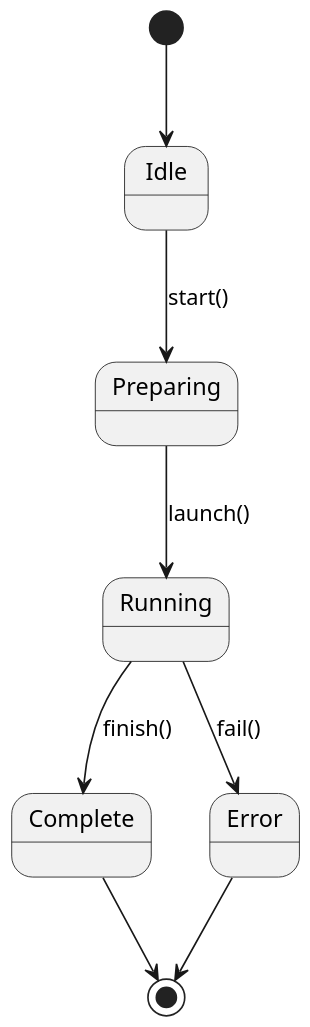
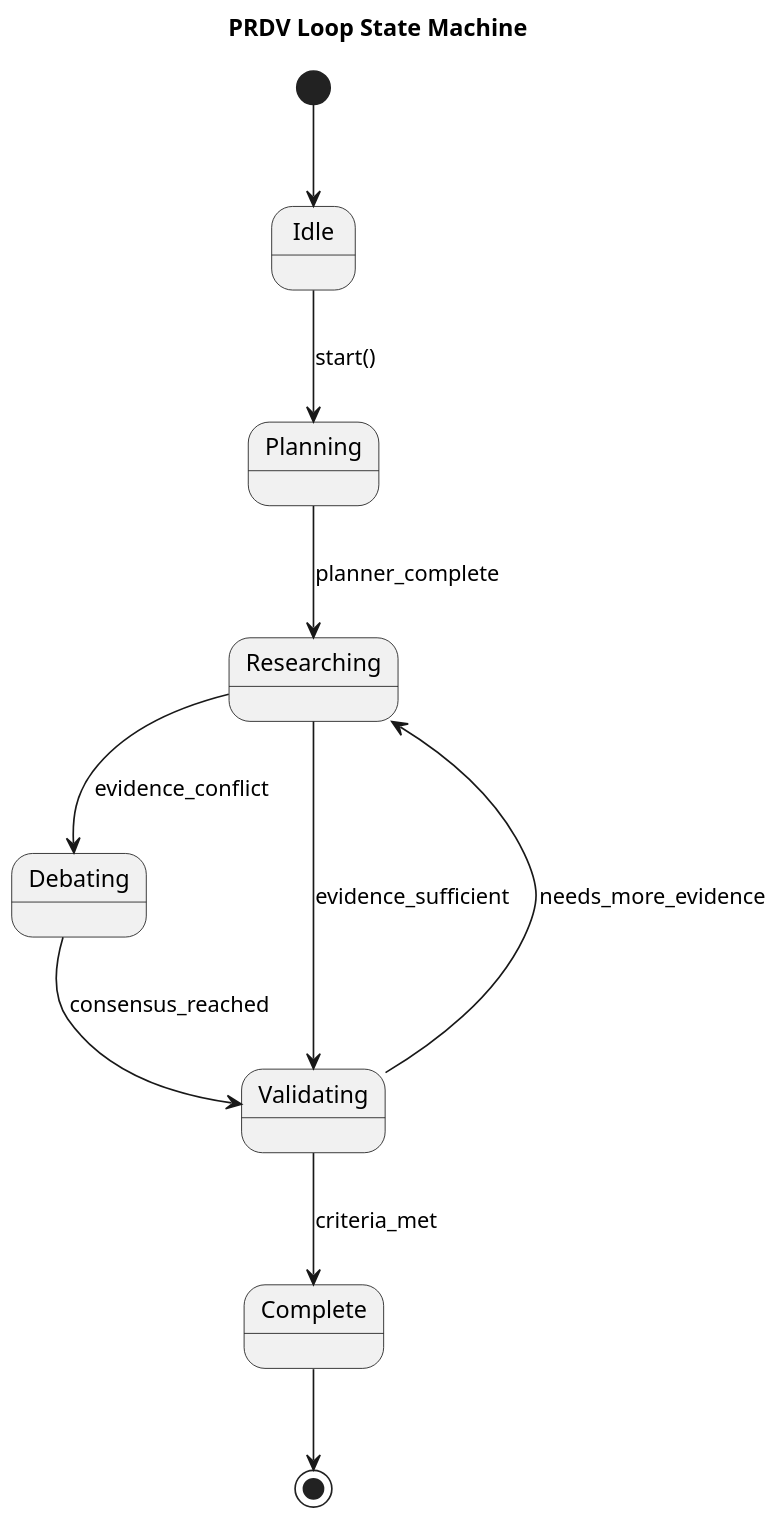
Before and after one commit to ravenoak/autoresearch: the diagram in docs/diagrams/orchestrator_state.puml, drawn with PlantUML. The commit also changed 10 other files, not shown here.

```diff
--- a/docs/diagrams/orchestrator_state.puml
+++ b/docs/diagrams/orchestrator_state.puml
@@ -1,12 +1,16 @@
 @startuml
 skinparam dpi 150
 skinparam monochrome true
 
+title PRDV Loop State Machine
+
 [*] --> Idle
-Idle --> Preparing : start()
-Preparing --> Running : launch()
-Running --> Complete : finish()
-Running --> Error : fail()
+Idle --> Planning : start()
+Planning --> Researching : planner_complete
+Researching --> Debating : evidence_conflict
+Researching --> Validating : evidence_sufficient
+Debating --> Validating : consensus_reached
+Validating --> Complete : criteria_met
+Validating --> Researching : needs_more_evidence
 Complete --> [*]
-Error --> [*]
 @enduml
```
